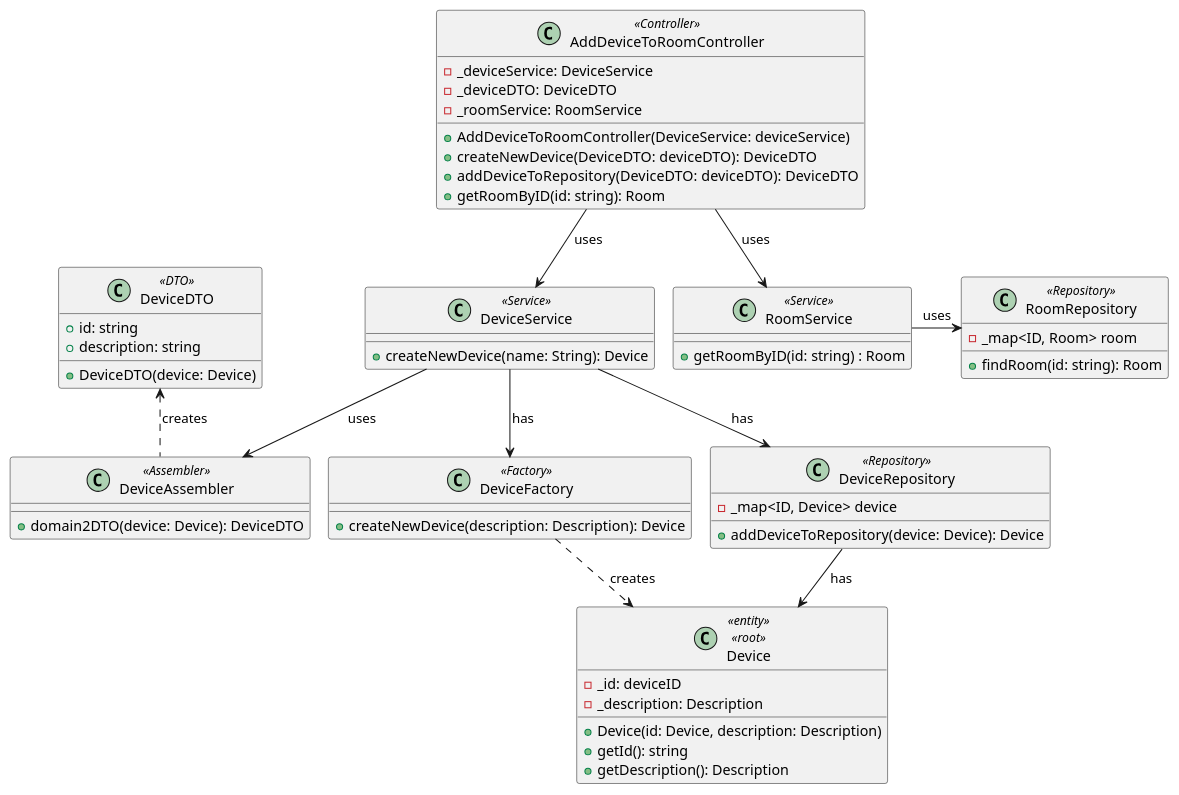
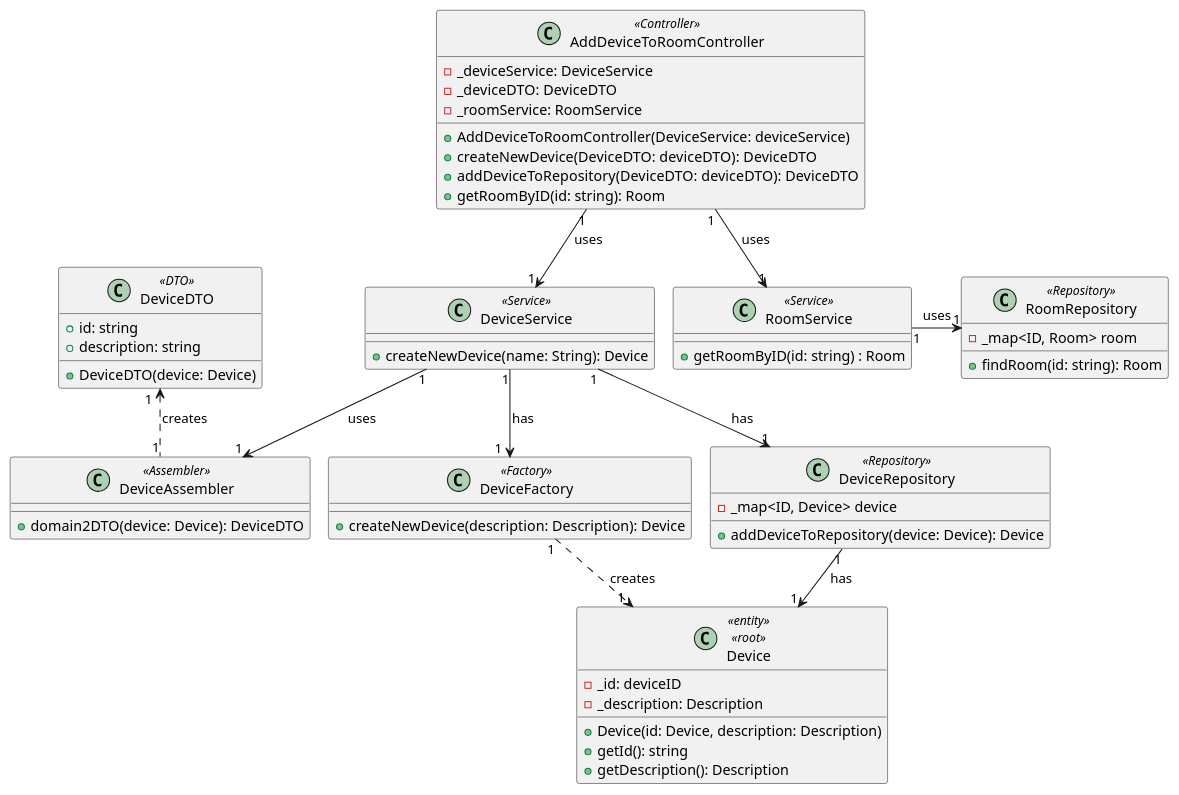
Before and after one commit to olivDiogo/SmartHome: the diagram in docs/ood/classDiagram/US05AddDeviceToRoom.puml, drawn with PlantUML.

Commit message:
#124 implement of cardinality

```diff
--- a/docs/ood/classDiagram/US05AddDeviceToRoom.puml
+++ b/docs/ood/classDiagram/US05AddDeviceToRoom.puml
@@ -1,65 +1,65 @@
 @startuml
 !pragma layout smetana
 
 class Device<<entity>> <<root>> {
   - _id: deviceID
   - _description: Description
   + Device(id: Device, description: Description)
   + getId(): string
   + getDescription(): Description
   }
 
 class DeviceFactory<<Factory>> {
   + createNewDevice(description: Description): Device
   }
 
 class DeviceRepository<<Repository>> {
   - _map<ID, Device> device
   + addDeviceToRepository(device: Device): Device
   }
 class DeviceService<<Service>> {
   + createNewDevice(name: String): Device
   }
 
  class RoomService<<Service>> {
   + getRoomByID(id: string) : Room
   }
 
 class RoomRepository<<Repository>> {
   - _map<ID, Room> room
   + findRoom(id: string): Room
   }
 
 class AddDeviceToRoomController<<Controller>> {
   - _deviceService: DeviceService
   - _deviceDTO: DeviceDTO
   - _roomService: RoomService
   + AddDeviceToRoomController(DeviceService: deviceService)
   + createNewDevice(DeviceDTO: deviceDTO): DeviceDTO
   + addDeviceToRepository(DeviceDTO: deviceDTO): DeviceDTO
   + getRoomByID(id: string): Room
   }
 class DeviceDTO<<DTO>> {
 + id: string
 + description: string
 + DeviceDTO(device: Device)
 }
 class DeviceAssembler<<Assembler>> {
   + domain2DTO(device: Device): DeviceDTO
   }
 
 
-DeviceRepository -down-> Device: has
-DeviceService -down-> DeviceFactory: has
-DeviceService -down-> DeviceRepository: has
-DeviceService -down-> DeviceAssembler: uses
-RoomService -right-> RoomRepository: uses
-DeviceFactory .down.> Device: creates
-AddDeviceToRoomController -down-> DeviceService: uses
-AddDeviceToRoomController -down-> RoomService: uses
-DeviceAssembler .up.> DeviceDTO: creates
+DeviceRepository "1" -down-> "1" Device: has
+DeviceService "1"-down->"1  " DeviceFactory: has
+DeviceService "1"-down->"1" DeviceRepository: has
+DeviceService "1"-down->"1" DeviceAssembler: uses
+RoomService "1"-right->"1" RoomRepository: uses
+DeviceFactory "1".down.>"1  " Device: creates
+AddDeviceToRoomController "1"-down->"1" DeviceService: uses
+AddDeviceToRoomController "1"-down->"1" RoomService: uses
+DeviceAssembler "1".up.> "1  " DeviceDTO: creates
 
 
 
 
 @enduml
```
